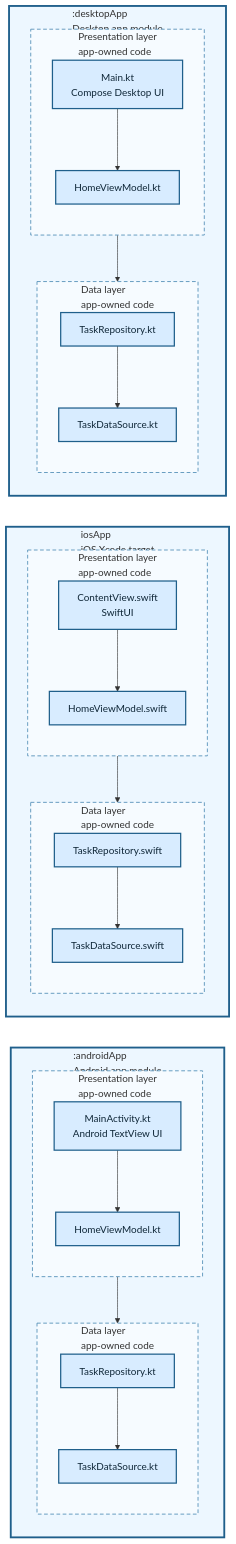
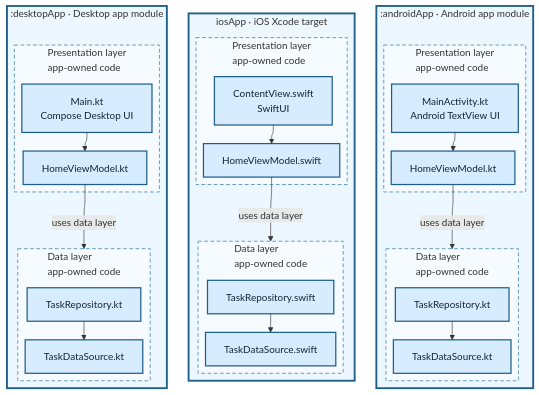
The diagram in diagrams/04-layered-native.md (TheSetox/kmp-sample-diagrams), drawn with Mermaid before and after one commit. The commit also changed 38 other files, not shown here.

Commit message:
docs: clarify diagram typography and routing

````diff
--- a/diagrams/04-layered-native.md
+++ b/diagrams/04-layered-native.md
@@ -5,67 +5,71 @@
 ```mermaid
+---
+config:
+  layout: elk
+  elk:
+    nodePlacementStrategy: LINEAR_SEGMENTS
+---
 flowchart TB
-  subgraph Android[":androidApp\nAndroid app module"]
+  subgraph Android[":androidApp · Android app module"]
     direction TB
     subgraph APresentation["Presentation layer\napp-owned code"]
       direction TB
       AUI["MainActivity.kt\nAndroid TextView UI"]
       AVM["HomeViewModel.kt"]
       AUI --> AVM
     end
     subgraph AData["Data layer\napp-owned code"]
       direction TB
       ARepository["TaskRepository.kt"]
       ADataSource["TaskDataSource.kt"]
       ARepository --> ADataSource
     end
-    AVM --> ARepository
+    AVM -->|"uses data layer"| AData
   end
 
-  subgraph IOS["iosApp\niOS Xcode target"]
+  subgraph IOS["iosApp · iOS Xcode target"]
     direction TB
     subgraph IPresentation["Presentation layer\napp-owned code"]
       direction TB
       IUI["ContentView.swift\nSwiftUI"]
       IVM["HomeViewModel.swift"]
       IUI --> IVM
     end
     subgraph IData["Data layer\napp-owned code"]
       direction TB
       IRepository["TaskRepository.swift"]
       IDataSource["TaskDataSource.swift"]
       IRepository --> IDataSource
     end
-    IVM --> IRepository
+    IVM -->|"uses data layer"| IData
   end
 
-  subgraph Desktop[":desktopApp\nDesktop app module"]
+  subgraph Desktop[":desktopApp · Desktop app module"]
     direction TB
     subgraph DPresentation["Presentation layer\napp-owned code"]
       direction TB
       DUI["Main.kt\nCompose Desktop UI"]
       DVM["HomeViewModel.kt"]
       DUI --> DVM
     end
     subgraph DData["Data layer\napp-owned code"]
       direction TB
       DRepository["TaskRepository.kt"]
       DDataSource["TaskDataSource.kt"]
       DRepository --> DDataSource
     end
-    DVM --> DRepository
+    DVM -->|"uses data layer"| DData
   end
-
-  DUI ~~~ IUI ~~~ AUI
 
   classDef native fill:#d8ecff,stroke:#1f5f8b,color:#0f2738,stroke-width:2px;
   class AUI,AVM,ARepository,ADataSource,IUI,IVM,IRepository,IDataSource,DUI,DVM,DRepository,DDataSource native;
   style Android fill:#edf7ff,stroke:#1f5f8b,stroke-width:3px
   style IOS fill:#edf7ff,stroke:#1f5f8b,stroke-width:3px
   style Desktop fill:#edf7ff,stroke:#1f5f8b,stroke-width:3px
   style APresentation fill:#f6fbff,stroke:#5f97bd,stroke-width:1.5px,stroke-dasharray:6 4
   style IPresentation fill:#f6fbff,stroke:#5f97bd,stroke-width:1.5px,stroke-dasharray:6 4
   style DPresentation fill:#f6fbff,stroke:#5f97bd,stroke-width:1.5px,stroke-dasharray:6 4
   style AData fill:#f6fbff,stroke:#5f97bd,stroke-width:1.5px,stroke-dasharray:6 4
   style IData fill:#f6fbff,stroke:#5f97bd,stroke-width:1.5px,stroke-dasharray:6 4
   style DData fill:#f6fbff,stroke:#5f97bd,stroke-width:1.5px,stroke-dasharray:6 4
 ```
````
